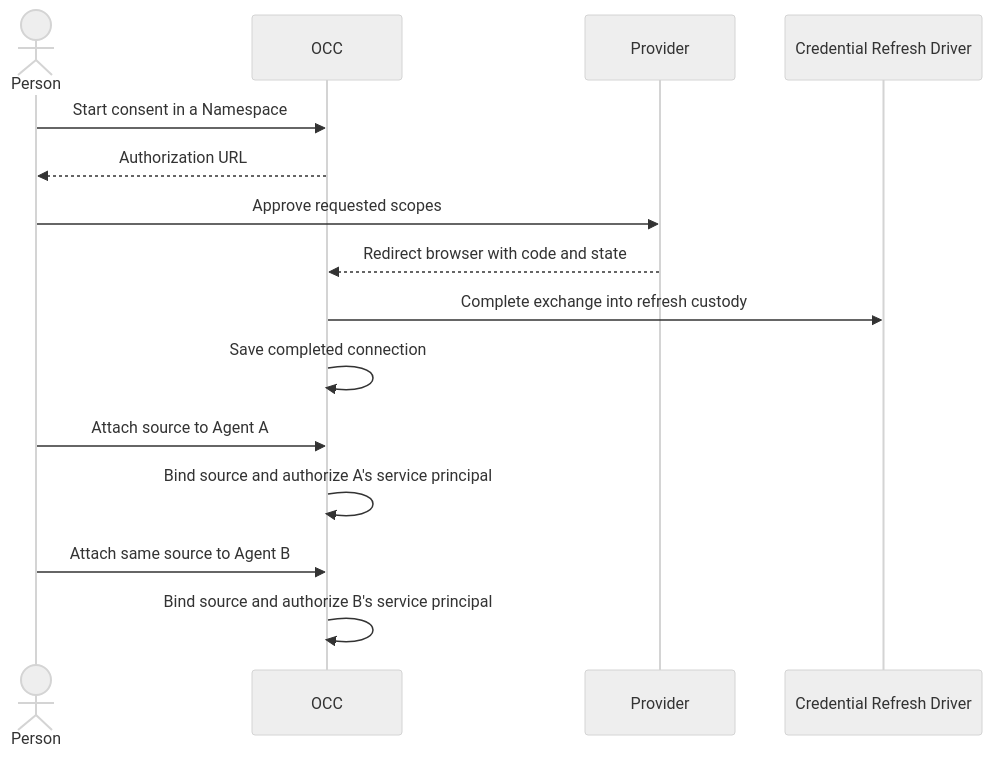
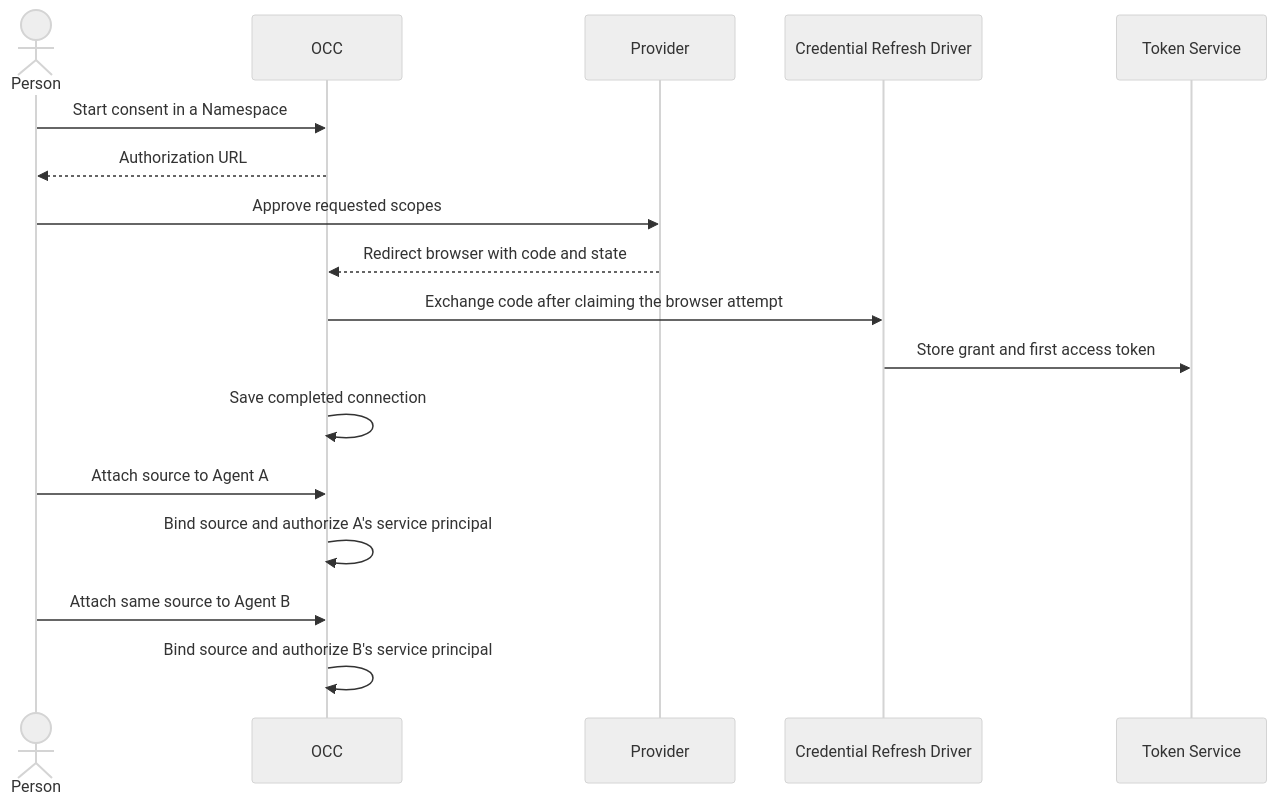
One commit to openclaw/openclaw-enterprise changed the diagram in docs/flows/agent-oauth-connections.md. Above: the diagram before and after it, drawn with Mermaid (neutral theme). The commit also changed other lines of this file and 45 other files, not shown here.

Commit message:
Protect OAuth consent attempts and move connected account refresh into Token Service

````diff
--- a/docs/flows/agent-oauth-connections.md
+++ b/docs/flows/agent-oauth-connections.md
@@ -26,17 +26,19 @@
 ```mermaid
 sequenceDiagram
     actor Person
     participant OCC
     participant Provider
     participant Driver as Credential Refresh Driver
+    participant Tokens as Token Service
     Person->>OCC: Start consent in a Namespace
     OCC-->>Person: Authorization URL
     Person->>Provider: Approve requested scopes
     Provider-->>OCC: Redirect browser with code and state
-    OCC->>Driver: Complete exchange into refresh custody
+    OCC->>Driver: Exchange code after claiming the browser attempt
+    Driver->>Tokens: Store grant and first access token
     OCC->>OCC: Save completed connection
     Person->>OCC: Attach source to Agent A
     OCC->>OCC: Bind source and authorize A's service principal
     Person->>OCC: Attach same source to Agent B
     OCC->>OCC: Bind source and authorize B's service principal
 ```
````
